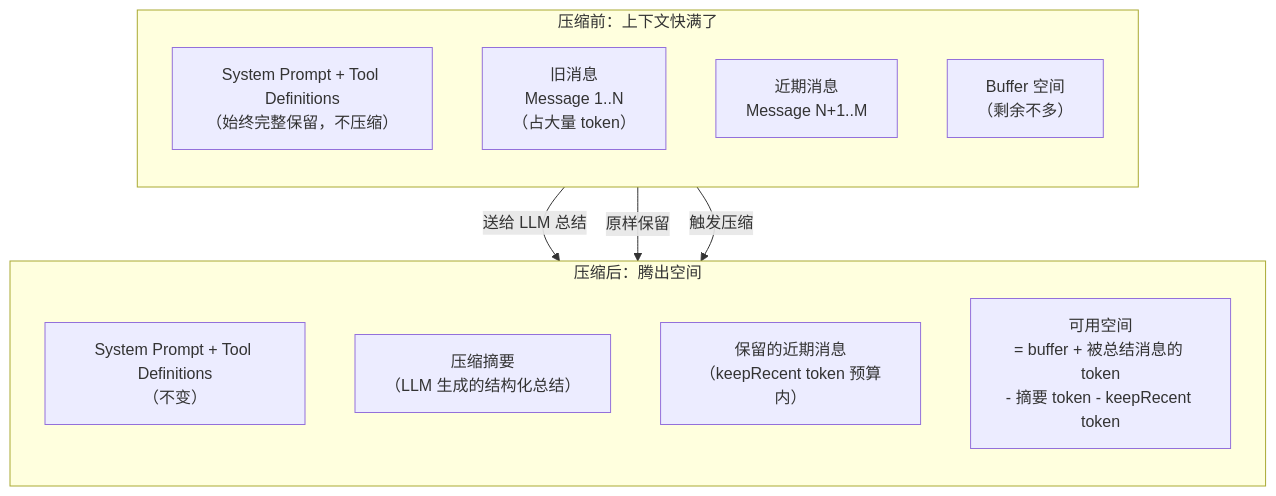
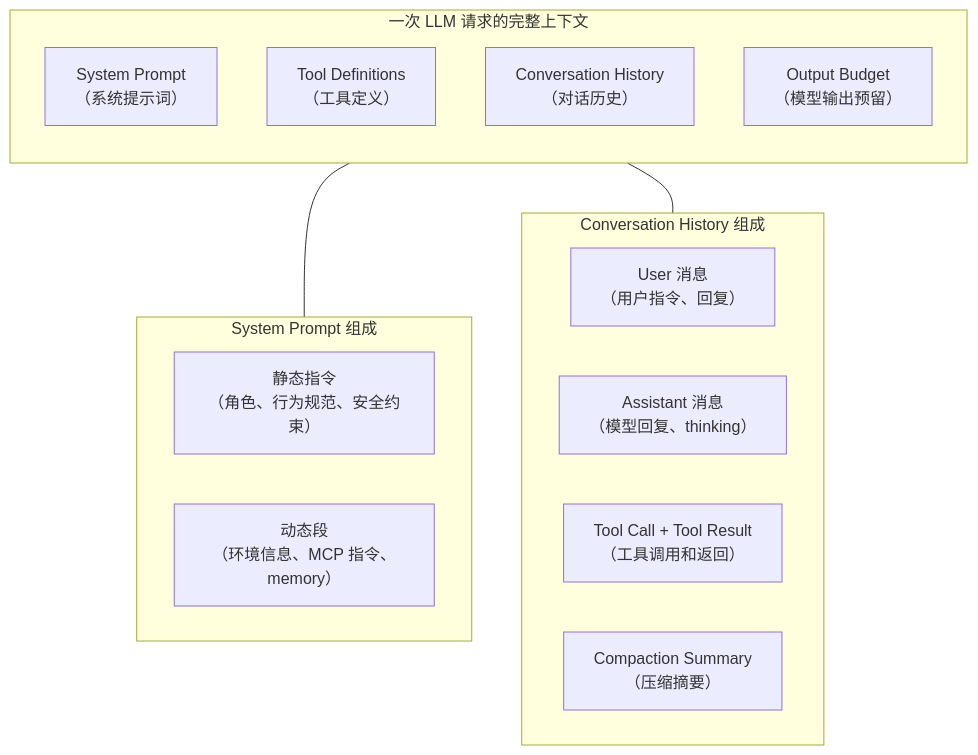
One commit to SmilingWalker/SmilingWalker.github.io changed the first of 2 diagrams in src/content/posts/code-agent-compaction-原理.md. Above: the diagram before and after it, drawn with Mermaid. The commit also changed other lines of this file and 1 other file, not shown here.

````diff
--- a/src/content/posts/code-agent-compaction-原理.md
+++ b/src/content/posts/code-agent-compaction-原理.md
@@ -79,22 +21,25 @@
 ```mermaid
 flowchart TB
-    subgraph 压缩前["压缩前：上下文快满了"]
+    subgraph 上下文["一次 LLM 请求的完整上下文"]
         direction TB
-        SYS1["System Prompt + Tool Definitions<br/>（始终完整保留，不压缩）"]
-        OLD1["旧消息<br/>Message 1..N<br/>（占大量 token）"]
-        RECENT1["近期消息<br/>Message N+1..M"]
-        BUF1["Buffer 空间<br/>（剩余不多）"]
+        SYS["System Prompt<br/>（系统提示词）"]
+        TOOLS["Tool Definitions<br/>（工具定义）"]
+        HISTORY["Conversation History<br/>（对话历史）"]
+        OUTPUT["Output Budget<br/>（模型输出预留）"]
     end
 
-    subgraph 压缩后["压缩后：腾出空间"]
-        direction TB
-        SYS2["System Prompt + Tool Definitions<br/>（不变）"]
-        SUM2["压缩摘要<br/>（LLM 生成的结构化总结）"]
-        KEEP2["保留的近期消息<br/>（keepRecent token 预算内）"]
-        FREE2["可用空间<br/>= buffer + 被总结消息的 token<br/>- 摘要 token - keepRecent token"]
+    subgraph SYS详情["System Prompt 组成"]
+        S1["静态指令<br/>（角色、行为规范、安全约束）"]
+        S2["动态段<br/>（环境信息、MCP 指令、memory）"]
     end
 
-    压缩前 -->|触发压缩| 压缩后
-    OLD1 -->|送给 LLM 总结| SUM2
-    RECENT1 -->|原样保留| KEEP2
+    subgraph HISTORY详情["Conversation History 组成"]
+        H1["User 消息<br/>（用户指令、回复）"]
+        H2["Assistant 消息<br/>（模型回复、thinking）"]
+        H3["Tool Call + Tool Result<br/>（工具调用和返回）"]
+        H4["Compaction Summary<br/>（压缩摘要）"]
+    end
+
+    SYS --- SYS详情
+    HISTORY --- HISTORY详情
 ```
````
